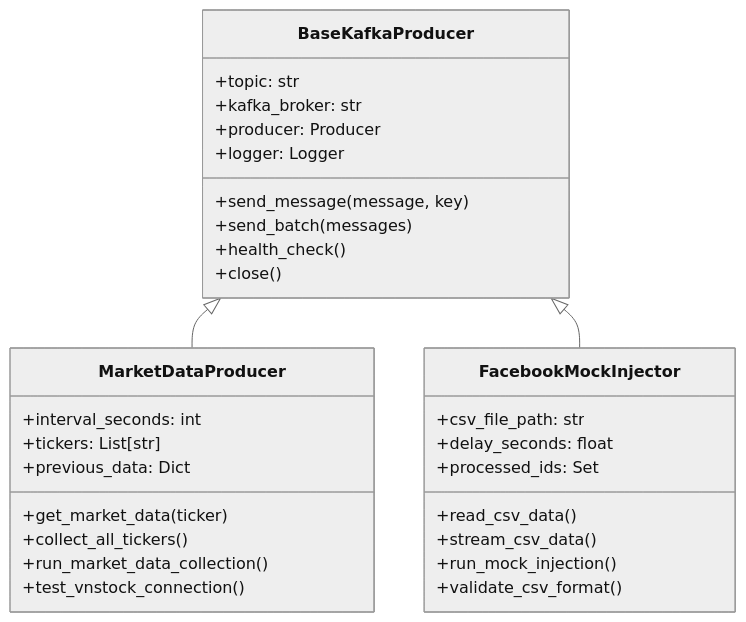
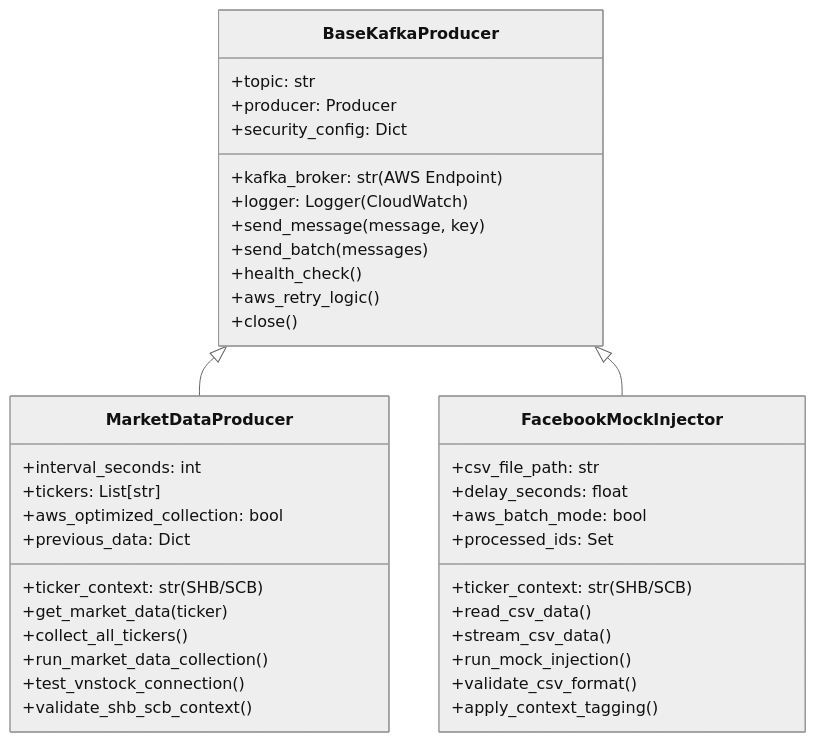
One commit to thanhtrung665/4AE_FinSent_2026_Official changed the second of 2 diagrams in .kiro/specs/kafka-producer-modules/design.md. Above: the diagram before and after it, drawn with Mermaid (neutral theme). The commit also changed other lines of this file and 19 other files, not shown here.

````diff
--- a/.kiro/specs/kafka-producer-modules/design.md
+++ b/.kiro/specs/kafka-producer-modules/design.md
@@ -86,36 +100,44 @@
 ```mermaid
 classDiagram
     class BaseKafkaProducer {
         +topic: str
-        +kafka_broker: str
+        +kafka_broker: str (AWS Endpoint)
         +producer: Producer
-        +logger: Logger
+        +logger: Logger (CloudWatch)
+        +security_config: Dict
         +send_message(message, key)
         +send_batch(messages)
         +health_check()
+        +aws_retry_logic()
         +close()
     }
 
     class MarketDataProducer {
         +interval_seconds: int
         +tickers: List[str]
+        +ticker_context: str (SHB/SCB)
+        +aws_optimized_collection: bool
         +previous_data: Dict
         +get_market_data(ticker)
         +collect_all_tickers()
         +run_market_data_collection()
         +test_vnstock_connection()
+        +validate_shb_scb_context()
     }
 
     class FacebookMockInjector {
         +csv_file_path: str
         +delay_seconds: float
+        +ticker_context: str (SHB/SCB)
+        +aws_batch_mode: bool
         +processed_ids: Set
         +read_csv_data()
         +stream_csv_data()
         +run_mock_injection()
         +validate_csv_format()
+        +apply_context_tagging()
     }
 
     BaseKafkaProducer <|-- MarketDataProducer
     BaseKafkaProducer <|-- FacebookMockInjector
 ```
````
